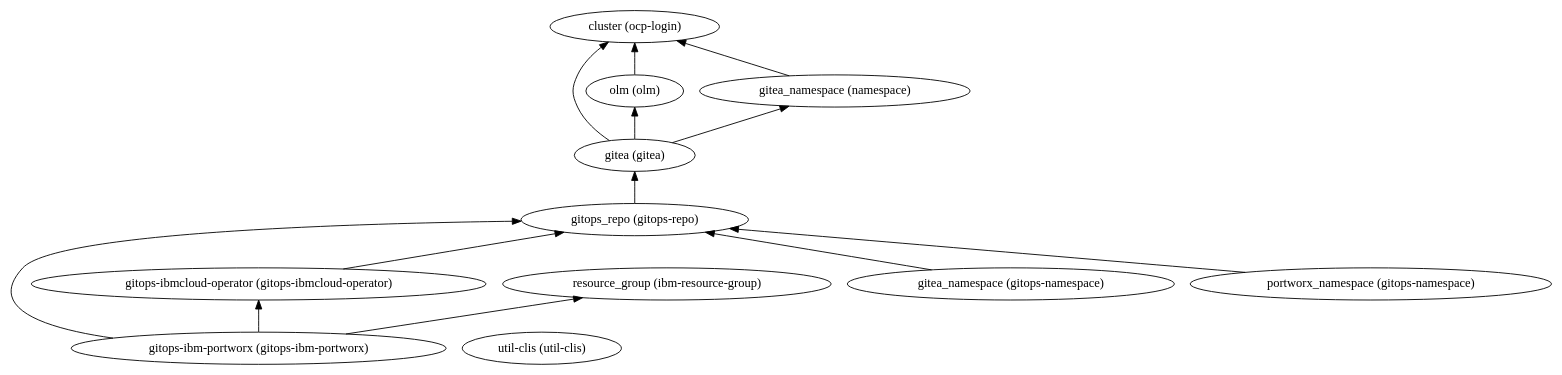
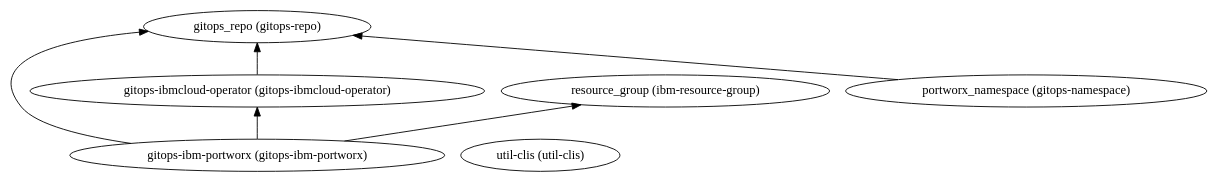
One commit to IBM/automation-data-foundation changed the diagram in 210-ibm-portworx-storage/dependencies.dot. Above: the diagram before and after it, drawn with Graphviz. The commit also changed 132 other files, not shown here.

```diff
--- a/210-ibm-portworx-storage/dependencies.dot
+++ b/210-ibm-portworx-storage/dependencies.dot
@@ -1,26 +1,14 @@
 digraph {
     rankdir="BT"
-    "gitea (gitea)" -> "cluster (ocp-login)"
-"gitea (gitea)" -> "olm (olm)"
-"gitea (gitea)" -> "gitea_namespace (namespace)"
-"gitea (gitea)"
-"cluster (ocp-login)"
-"olm (olm)" -> "cluster (ocp-login)"
-"olm (olm)"
-"gitea_namespace (namespace)" -> "cluster (ocp-login)"
-"gitea_namespace (namespace)"
-"gitops-ibm-portworx (gitops-ibm-portworx)" -> "gitops_repo (gitops-repo)"
+    "gitops-ibm-portworx (gitops-ibm-portworx)" -> "gitops_repo (gitops-repo)"
 "gitops-ibm-portworx (gitops-ibm-portworx)" -> "gitops-ibmcloud-operator (gitops-ibmcloud-operator)"
 "gitops-ibm-portworx (gitops-ibm-portworx)" -> "resource_group (ibm-resource-group)"
 "gitops-ibm-portworx (gitops-ibm-portworx)"
-"gitops_repo (gitops-repo)" -> "gitea (gitea)"
 "gitops_repo (gitops-repo)"
 "gitops-ibmcloud-operator (gitops-ibmcloud-operator)" -> "gitops_repo (gitops-repo)"
 "gitops-ibmcloud-operator (gitops-ibmcloud-operator)"
 "resource_group (ibm-resource-group)"
-"gitea_namespace (gitops-namespace)" -> "gitops_repo (gitops-repo)"
-"gitea_namespace (gitops-namespace)"
 "portworx_namespace (gitops-namespace)" -> "gitops_repo (gitops-repo)"
 "portworx_namespace (gitops-namespace)"
 "util-clis (util-clis)"
   }
```
